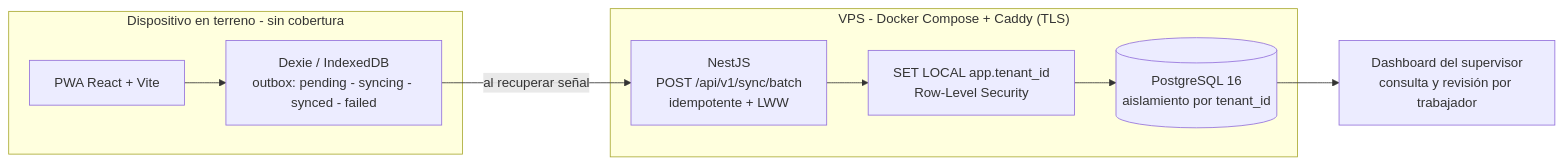
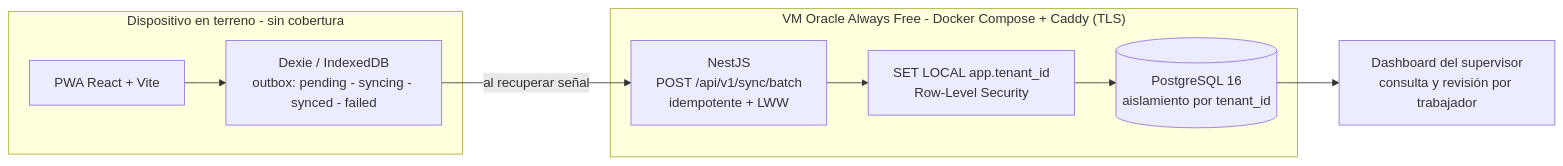
One commit to danielandresavilaj-cell/Capstone changed the diagram in README.md. Above: the diagram before and after it, drawn with Mermaid. The commit also changed other lines of this file and 7 other files, not shown here.

````diff
--- a/README.md
+++ b/README.md
@@ -84,20 +99,20 @@
 ```mermaid
 flowchart LR
   subgraph TERRENO["Dispositivo en terreno - sin cobertura"]
     PWA["PWA React + Vite"]
     DEX["Dexie / IndexedDB<br/>outbox: pending - syncing - synced - failed"]
     PWA --> DEX
   end
 
-  subgraph VPS["VPS - Docker Compose + Caddy (TLS)"]
+  subgraph VPS["VM Oracle Always Free - Docker Compose + Caddy (TLS)"]
     API["NestJS<br/>POST /api/v1/sync/batch<br/>idempotente + LWW"]
     RLS["SET LOCAL app.tenant_id<br/>Row-Level Security"]
     PG[("PostgreSQL 16<br/>aislamiento por tenant_id")]
     API --> RLS --> PG
   end
 
   DASH["Dashboard del supervisor<br/>consulta y revisión por trabajador"]
 
   DEX -->|"al recuperar señal"| API
   PG --> DASH
 ```
````
